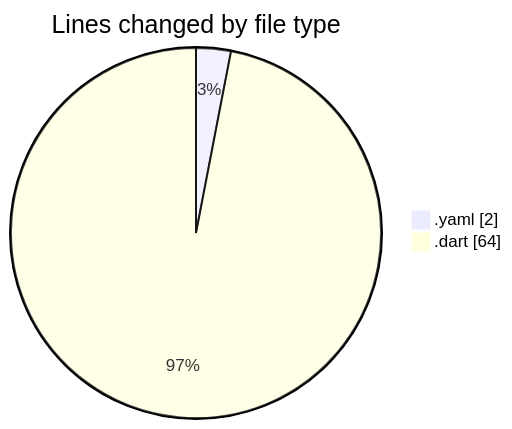
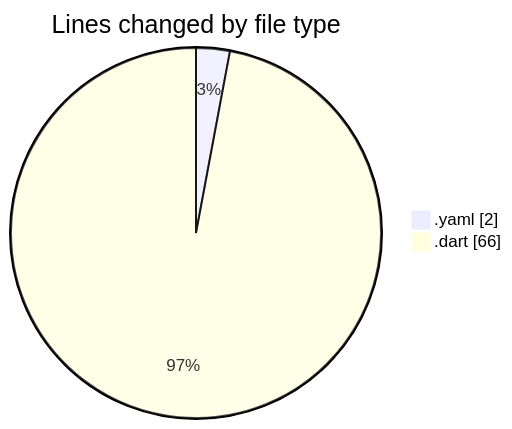
Before and after one commit to donsfak/code-tracking: the first of 2 diagrams in 2025-02-27/drivers_app/README.md, drawn with Mermaid. The commit also changed other lines of this file and 1 other file, not shown here.

````diff
--- a/2025-02-27/drivers_app/README.md
+++ b/2025-02-27/drivers_app/README.md
@@ -21,6 +21,6 @@
 ```mermaid
 pie showData
 title Lines changed by file type
 ".yaml" : 2
-".dart" : 64
+".dart" : 66
 ```
````
